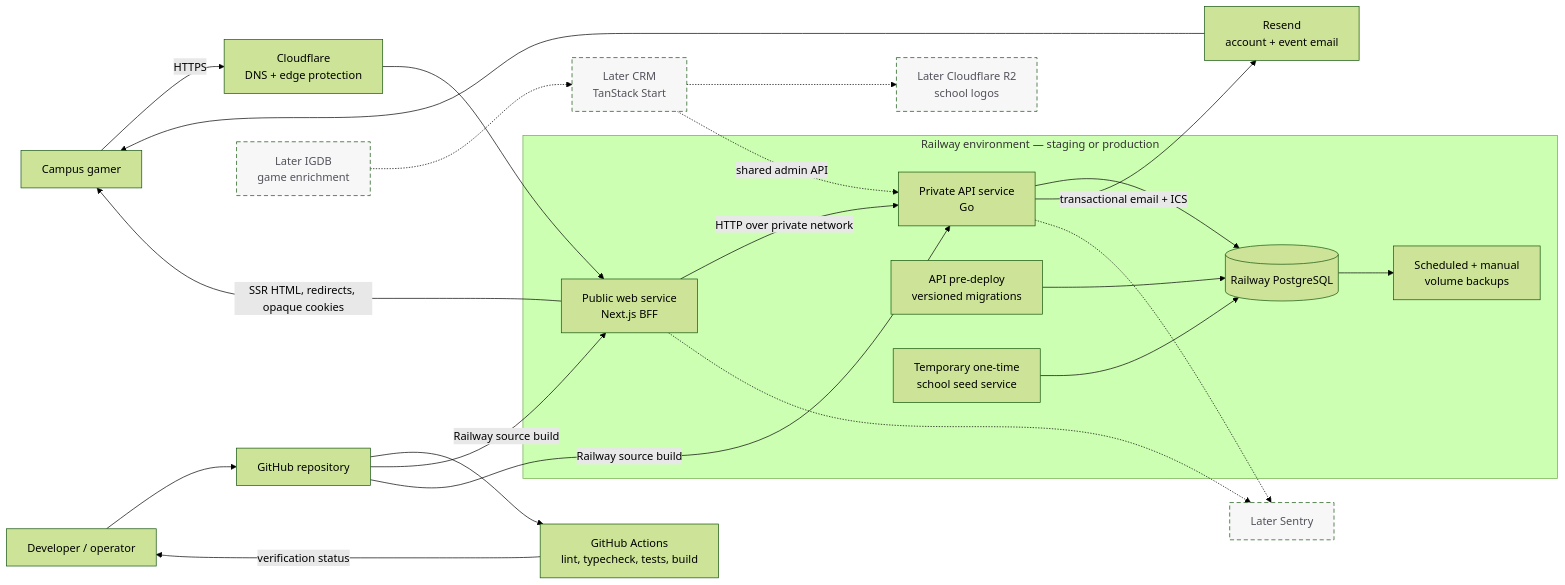
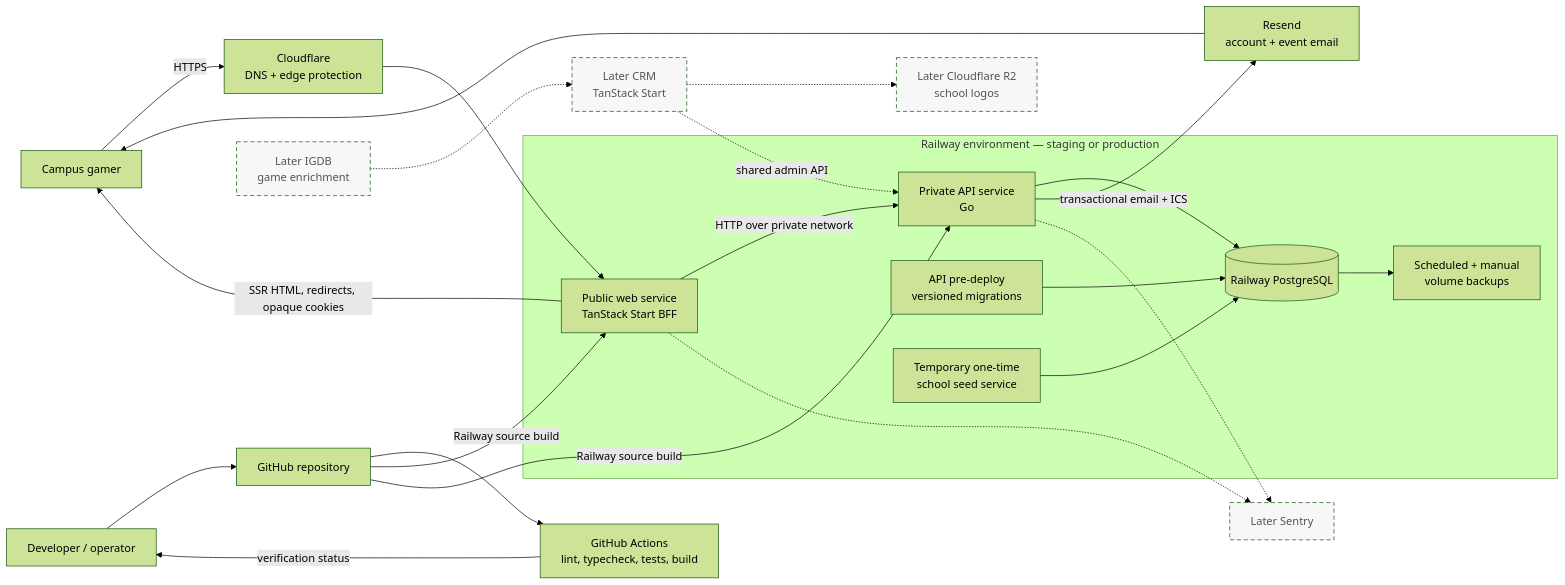
The third of 3 diagrams in docs/14-architecture-diagrams.md (Campus-Gaming-Network/core), drawn with Mermaid (forest theme) before and after one commit. The commit also changed other lines of this file and 295 other files, not shown here.

Commit message:
feat(web): complete TanStack Start cutover

````diff
--- a/docs/14-architecture-diagrams.md
+++ b/docs/14-architecture-diagrams.md
@@ -140,48 +140,48 @@
 ```mermaid
 flowchart LR
     User["Campus gamer"]
     Operator["Developer / operator"]
     GitHub["GitHub repository"]
     CI["GitHub Actions<br/>lint, typecheck, tests, build"]
     Cloudflare["Cloudflare<br/>DNS + edge protection"]
     Resend["Resend<br/>account + event email"]
 
     subgraph Railway["Railway environment — staging or production"]
-        Web["Public web service<br/>Next.js BFF"]
+        Web["Public web service<br/>TanStack Start BFF"]
         API["Private API service<br/>Go"]
         Migrations["API pre-deploy<br/>versioned migrations"]
         Seed["Temporary one-time<br/>school seed service"]
         Database[("Railway PostgreSQL")]
         Backups["Scheduled + manual<br/>volume backups"]
 
         Web -->|"HTTP over private network"| API
         API --> Database
         Migrations --> Database
         Seed --> Database
         Database --> Backups
     end
 
     CRM["Later CRM<br/>TanStack Start"]
     R2["Later Cloudflare R2<br/>school logos"]
     IGDB["Later IGDB<br/>game enrichment"]
     Sentry["Later Sentry"]
 
     User -->|"HTTPS"| Cloudflare --> Web
     Web -->|"SSR HTML, redirects, opaque cookies"| User
     API -->|"transactional email + ICS"| Resend --> User
 
     Operator --> GitHub
     GitHub --> CI
     CI -->|"verification status"| Operator
     GitHub -->|"Railway source build"| Web
     GitHub -->|"Railway source build"| API
 
     CRM -.->|"shared admin API"| API
     CRM -.-> R2
     IGDB -.-> CRM
     Web -.-> Sentry
     API -.-> Sentry
 
     classDef deferred stroke-dasharray: 6 4,fill:#f7f7f8,color:#52525b;
     class CRM,R2,IGDB,Sentry deferred;
 ```
````
